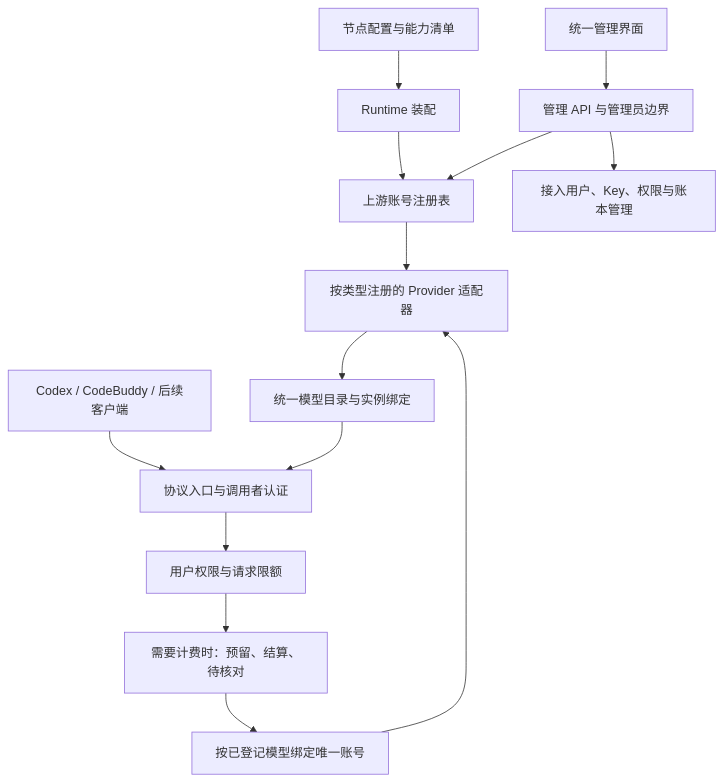
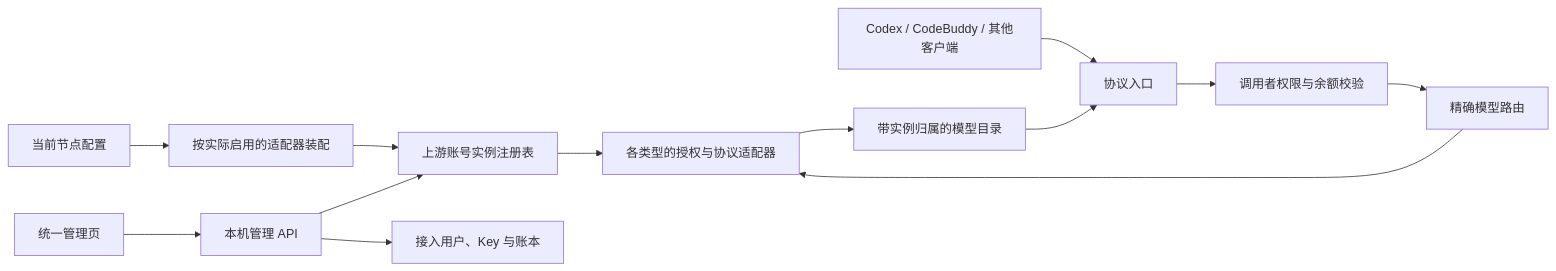
One commit to PZZZB/Bifrost changed the diagram in docs/architecture.md. Above: the diagram before and after it, drawn with Mermaid. The commit also changed other lines of this file and 29 other files, not shown here.

````diff
--- a/docs/architecture.md
+++ b/docs/architecture.md
@@ -31,16 +7,15 @@
 ```mermaid
-flowchart TB
-    UI[统一管理界面] --> Admin[管理 API 与管理员边界]
-    Config[节点配置与能力清单] --> Runtime[Runtime 装配]
-    Runtime --> Pool[上游账号注册表]
-    Admin --> Pool
-    Pool --> Providers[按类型注册的 Provider 适配器]
-    Providers --> Catalog[统一模型目录与实例绑定]
-    Client[Codex / CodeBuddy / 后续客户端] --> Ingress[协议入口与调用者认证]
-    Ingress --> UserPolicy[用户权限与请求限额]
-    UserPolicy --> Billing[需要计费时：预留、结算、待核对]
-    Billing --> Router[按已登记模型绑定唯一账号]
-    Router --> Providers
-    Admin --> Users[接入用户、Key、权限与账本管理]
-    Catalog --> Ingress
+flowchart LR
+  UI[统一管理页] --> Admin[本机管理 API]
+  Config[当前节点配置] --> Runtime[按实际启用的适配器装配]
+  Runtime --> Pool[上游账号实例注册表]
+  Admin --> Pool
+  Pool --> Providers[各类型的授权与协议适配器]
+  Providers --> Catalog[带实例归属的模型目录]
+  Client[Codex / CodeBuddy / 其他客户端] --> Ingress[协议入口]
+  Ingress --> Policy[调用者权限与余额校验]
+  Policy --> Route[精确模型路由]
+  Route --> Providers
+  Catalog --> Ingress
+  Admin --> Users[接入用户、Key 与账本]
 ```
````
